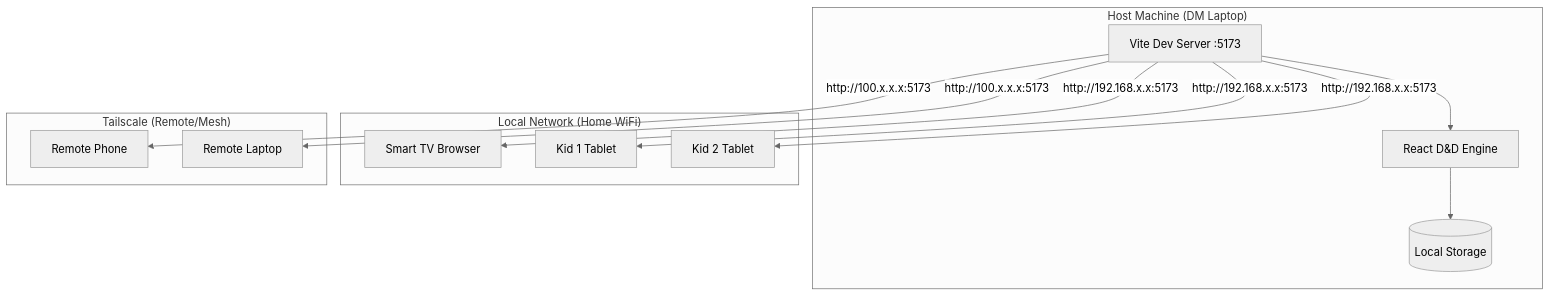
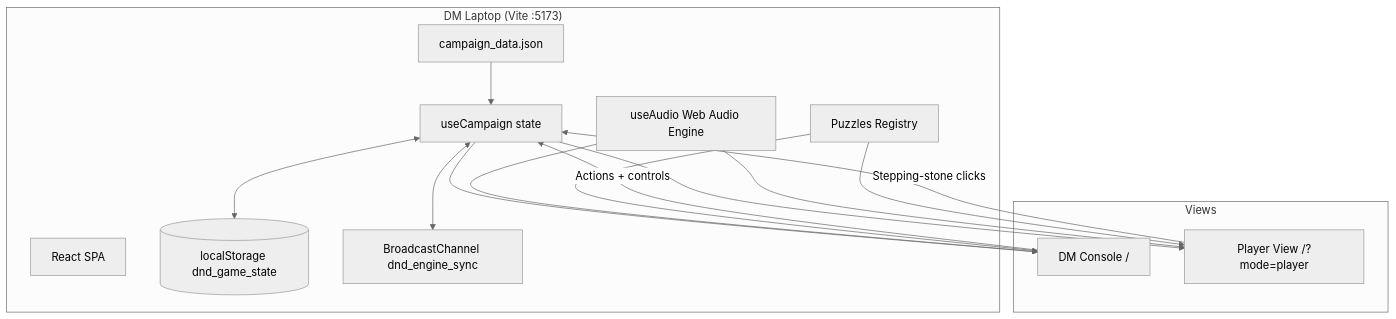
Before and after one commit to lanoitcif/ddcamp: the first of 4 diagrams in documentation.md, drawn with Mermaid (neutral theme). The commit also changed other lines of this file and 2 other files, not shown here.

First line of the commit message:
Update docs for playtest results, UX, and Mermaid diagrams

````diff
--- a/documentation.md
+++ b/documentation.md
@@ -7,28 +19,30 @@
 ```mermaid
 graph TD
-    subgraph "Host Machine (DM Laptop)"
-        Vite[Vite Dev Server :5173]
-        App[React D&D Engine]
-        DB[(Local Storage)]
-        Vite --> App
-        App --> DB
+    subgraph Host["DM Laptop (Vite :5173)"]
+        App[React SPA]
+        Hook[useCampaign state]
+        LS[(localStorage dnd_game_state)]
+        BC[BroadcastChannel dnd_engine_sync]
+        Audio[useAudio Web Audio Engine]
+        Puzzles[Puzzles Registry]
+        Data[campaign_data.json]
     end
 
-    subgraph "Local Network (Home WiFi)"
-        TV[Smart TV Browser]
-        Tablet1[Kid 1 Tablet]
-        Tablet2[Kid 2 Tablet]
+    subgraph Views
+        DM[DM Console /]
+        TV[Player View /?mode=player]
     end
 
-    subgraph "Tailscale (Remote/Mesh)"
-        Phone[Remote Phone]
-        RemoteLaptop[Remote Laptop]
-    end
+    Data --> Hook
+    Hook <--> LS
+    Hook <--> BC
+    Hook --> DM
+    Hook --> TV
+    Audio --> DM
+    Audio --> TV
+    Puzzles --> DM
+    Puzzles --> TV
 
-    Vite -- "http://192.168.x.x:5173" --> TV
-    Vite -- "http://192.168.x.x:5173" --> Tablet1
-    Vite -- "http://192.168.x.x:5173" --> Tablet2
-    
-    Vite -- "http://100.x.x.x:5173" --> Phone
-    Vite -- "http://100.x.x.x:5173" --> RemoteLaptop
+    DM -->|Actions + controls| Hook
+    TV -->|Stepping-stone clicks| Hook
 ```
````
